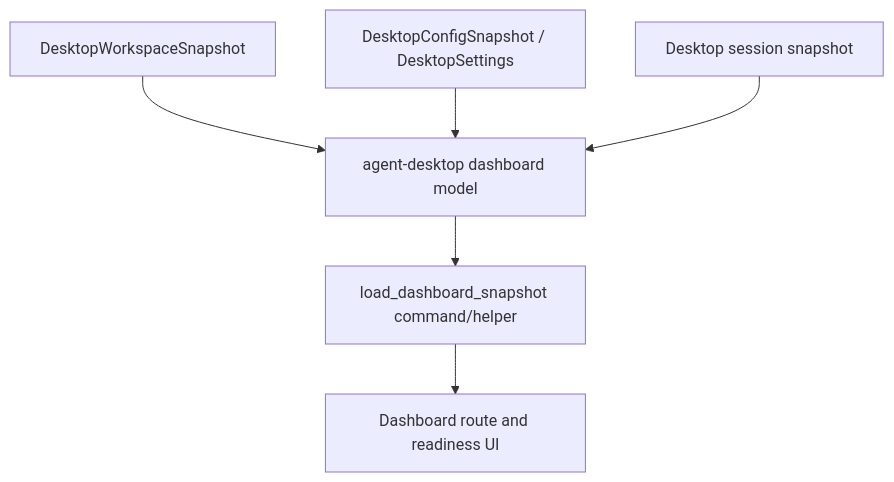
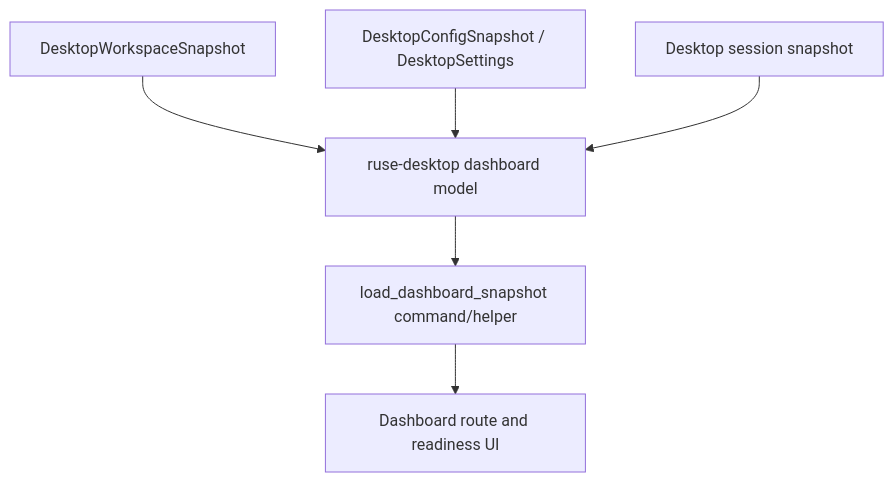
Before and after one commit to poneding/agent: the diagram in docs/specs/M60-01-workspace-dashboard-session.spec.md, drawn with Mermaid. The commit also changed other lines of this file and 2091 other files, not shown here.

First line of the commit message:
refactor: rename agent branding to ruse

````diff
--- a/docs/specs/M60-01-workspace-dashboard-session.spec.md
+++ b/docs/specs/M60-01-workspace-dashboard-session.spec.md
@@ -39,8 +39,8 @@
 ```mermaid
 flowchart TD
-  Workspace["DesktopWorkspaceSnapshot"] --> Dashboard["agent-desktop dashboard model"]
+  Workspace["DesktopWorkspaceSnapshot"] --> Dashboard["ruse-desktop dashboard model"]
   Settings["DesktopConfigSnapshot / DesktopSettings"] --> Dashboard
   Session["Desktop session snapshot"] --> Dashboard
   Dashboard --> Tauri["load_dashboard_snapshot command/helper"]
   Tauri --> React["Dashboard route and readiness UI"]
 ```
````
